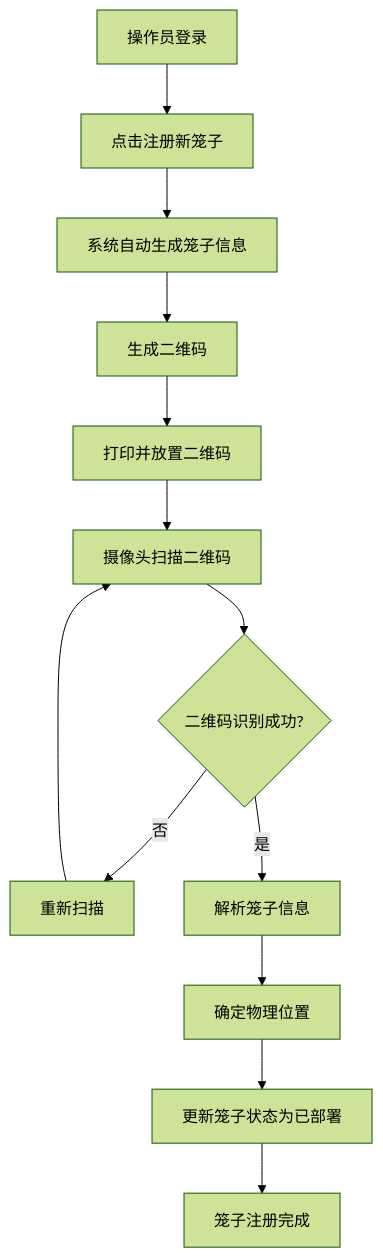
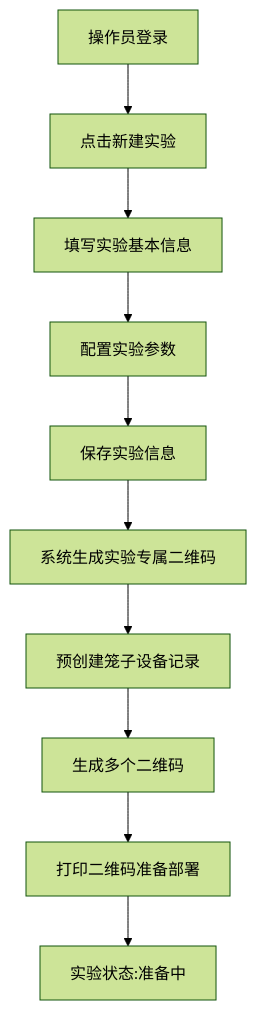
One commit to bingjiaxuezi/mouse changed the first of 6 diagrams in docs/计算机视觉小鼠管理系统/业务流程指南.md. Above: the diagram before and after it, drawn with Mermaid (forest theme). The commit also changed other lines of this file and 11 other files, not shown here.

````diff
--- a/docs/计算机视觉小鼠管理系统/业务流程指南.md
+++ b/docs/计算机视觉小鼠管理系统/业务流程指南.md
@@ -105,15 +119,12 @@
 ```mermaid
 flowchart TD
-    A[操作员登录] --> B[点击注册新笼子]
-    B --> C[系统自动生成笼子信息]
-    C --> D[生成二维码]
-    D --> E[打印并放置二维码]
-    E --> F[摄像头扫描二维码]
-    F --> G{二维码识别成功?}
-    G -->|否| H[重新扫描]
-    H --> F
-    G -->|是| I[解析笼子信息]
-    I --> J[确定物理位置]
-    J --> K[更新笼子状态为已部署]
-    K --> L[笼子注册完成]
+    A[操作员登录] --> B[点击新建实验]
+    B --> C[填写实验基本信息]
+    C --> D[配置实验参数]
+    D --> E[保存实验信息]
+    E --> F[系统生成实验专属二维码]
+    F --> G[预创建笼子设备记录]
+    G --> H[生成多个二维码]
+    H --> I[打印二维码准备部署]
+    I --> J[实验状态:准备中]
 ```
````
